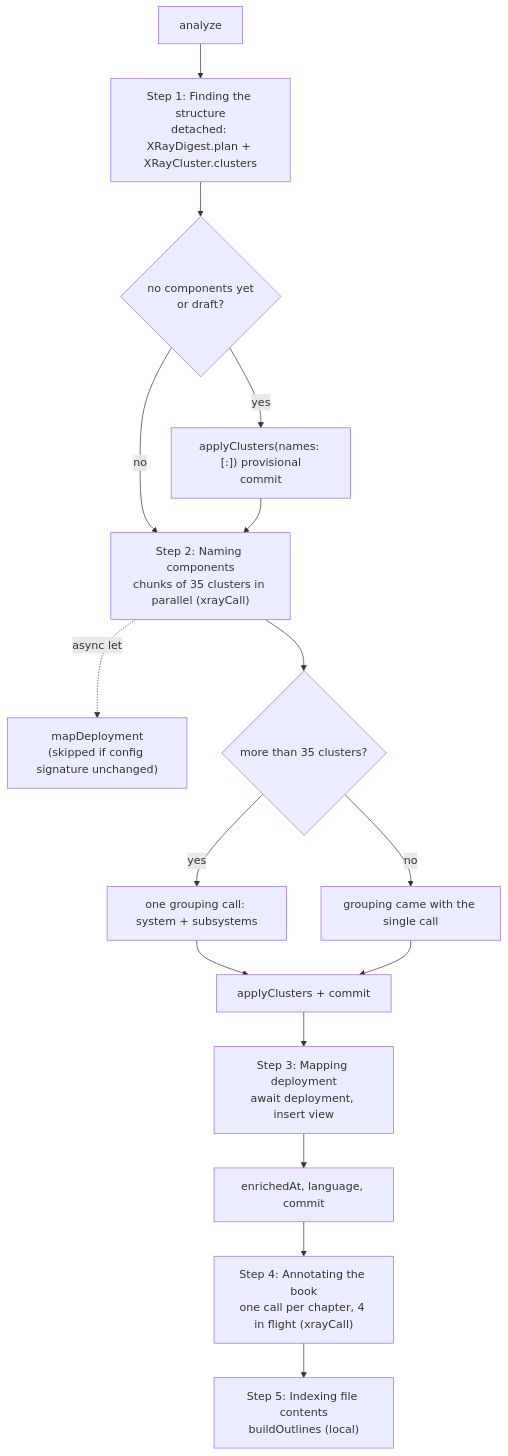
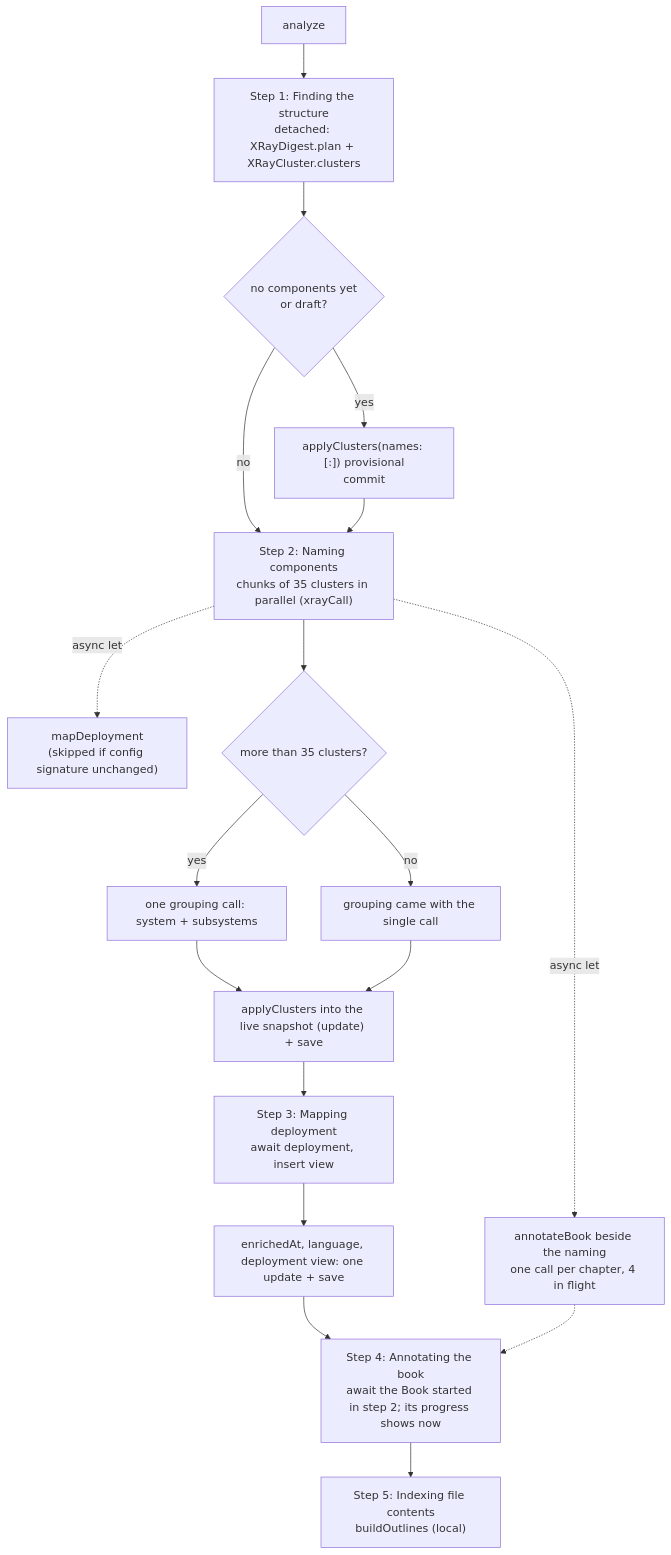
The second of 3 diagrams in docs/architecture/modules/architecture-and-xray.md (t-boris/MarkView), drawn with Mermaid before and after one commit. The commit also changed other lines of this file and 6 other files, not shown here.

````diff
--- a/docs/architecture/modules/architecture-and-xray.md
+++ b/docs/architecture/modules/architecture-and-xray.md
@@ -497,18 +497,20 @@
 ```mermaid
 flowchart TD
     A[analyze] --> B["Step 1: Finding the structure<br/>detached: XRayDigest.plan + XRayCluster.clusters"]
     B --> C{no components yet<br/>or draft?}
     C -- yes --> D["applyClusters(names: [:]) provisional<br/>commit"]
     C -- no --> E
     D --> E["Step 2: Naming components<br/>chunks of 35 clusters in parallel (xrayCall)"]
     E -. async let .-> F["mapDeployment<br/>(skipped if config signature unchanged)"]
+    E -. async let .-> BK["annotateBook beside the naming<br/>one call per chapter, 4 in flight"]
     E --> G{more than 35 clusters?}
     G -- yes --> H[one grouping call: system + subsystems]
     G -- no --> I[grouping came with the single call]
-    H --> J[applyClusters + commit]
+    H --> J["applyClusters into the live snapshot (update) + save"]
     I --> J
     J --> K["Step 3: Mapping deployment<br/>await deployment, insert view"]
-    K --> L[enrichedAt, language, commit]
-    L --> M["Step 4: Annotating the book<br/>one call per chapter, 4 in flight (xrayCall)"]
+    K --> L["enrichedAt, language, deployment view: one update + save"]
+    L --> M["Step 4: Annotating the book<br/>await the Book started in step 2; its progress shows now"]
+    BK -.-> M
     M --> N["Step 5: Indexing file contents<br/>buildOutlines (local)"]
 ```
````
